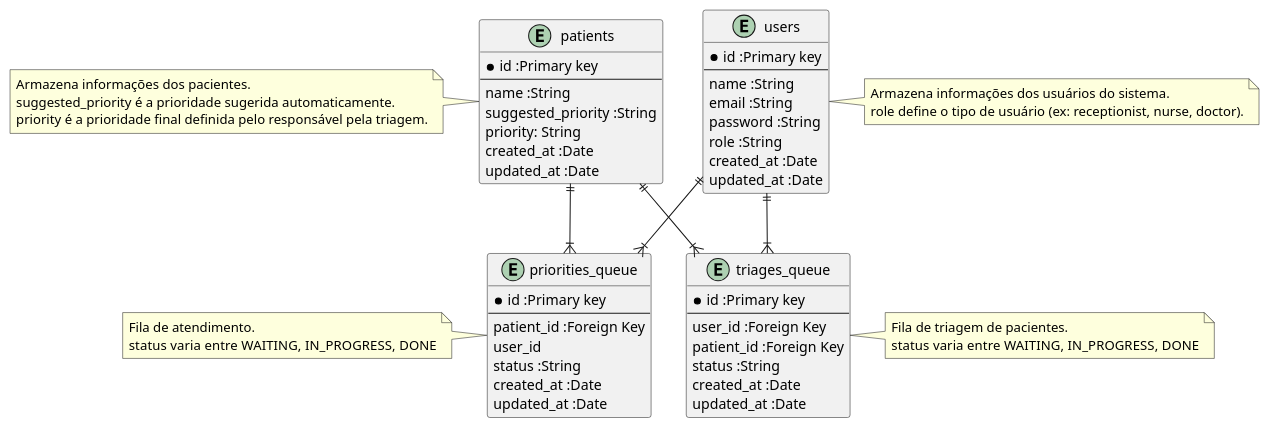
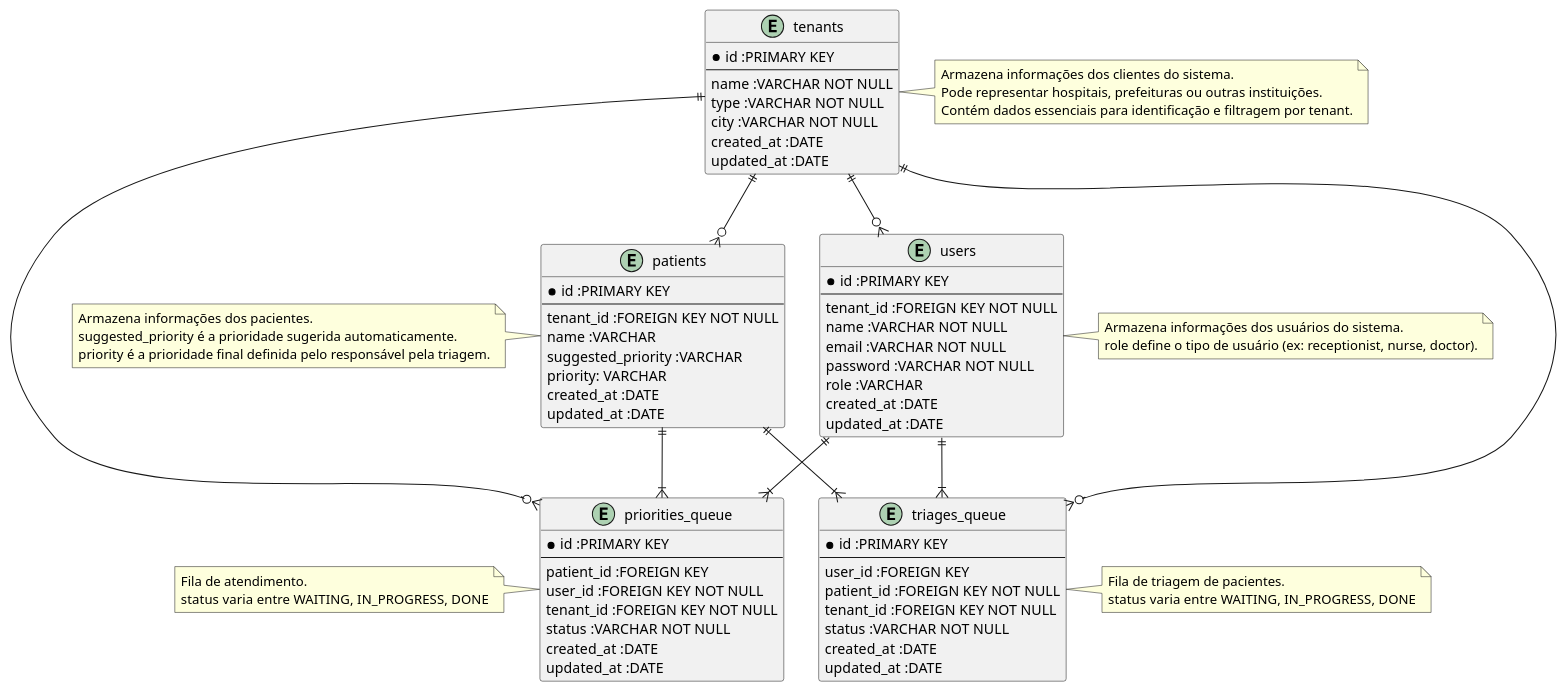
The diagram in docs/ERD.puml (alexandrendev/Q-flow-BE), drawn with PlantUML before and after one commit. The commit also changed 1 other file, not shown here.

Commit message:
feat: update ERD model

```diff
--- a/docs/ERD.puml
+++ b/docs/ERD.puml
@@ -1,71 +1,96 @@
 @startuml
 
+entity tenants{
+	*id :PRIMARY KEY
+	--
+	name :VARCHAR NOT NULL
+	type :VARCHAR NOT NULL
+	city :VARCHAR NOT NULL
+        created_at :DATE
+        updated_at :DATE
+}
+
+note right of tenants
+  Armazena informações dos clientes do sistema.
+  Pode representar hospitais, prefeituras ou outras instituições.
+  Contém dados essenciais para identificação e filtragem por tenant.
+end note
+
+
 entity users{
-	*id :Primary key
+	*id :PRIMARY KEY
 	--
-	name :String
-	email :String
-	password :String
-	role :String
-	created_at :Date
-	updated_at :Date
+	tenant_id :FOREIGN KEY NOT NULL
+	name :VARCHAR NOT NULL
+	email :VARCHAR NOT NULL
+	password :VARCHAR NOT NULL
+	role :VARCHAR
+	created_at :DATE
+	updated_at :DATE
 }
 
 note right of users
   Armazena informações dos usuários do sistema.
   role define o tipo de usuário (ex: receptionist, nurse, doctor).
 end note
 
 entity patients{
-	*id :Primary key
+	*id :PRIMARY KEY
 	--
-	name :String
-	suggested_priority :String
-	priority: String
-    created_at :Date
-    updated_at :Date	
+	tenant_id :FOREIGN KEY NOT NULL
+	name :VARCHAR
+	suggested_priority :VARCHAR
+	priority: VARCHAR
+	created_at :DATE
+	updated_at :DATE	
 }
 
 note left of patients
   Armazena informações dos pacientes.
   suggested_priority é a prioridade sugerida automaticamente.
   priority é a prioridade final definida pelo responsável pela triagem.
 end note
 
 entity triages_queue{
-    *id :Primary key
+    *id :PRIMARY KEY
 	--
-	user_id :Foreign Key
-	patient_id :Foreign Key
-	status :String
-    created_at :Date
-    updated_at :Date
+	user_id :FOREIGN KEY
+	patient_id :FOREIGN KEY NOT NULL
+	tenant_id :FOREIGN KEY NOT NULL
+	status :VARCHAR NOT NULL
+	created_at :DATE
+	updated_at :DATE
 }
 
 note right of triages_queue
   Fila de triagem de pacientes.
   status varia entre WAITING, IN_PROGRESS,  DONE
 end note
 
 entity priorities_queue{
-    *id :Primary key
+	*id :PRIMARY KEY
 	--
-	patient_id :Foreign Key
-	user_id
-	status :String
-    created_at :Date
-    updated_at :Date
+	patient_id :FOREIGN KEY
+	user_id :FOREIGN KEY NOT NULL
+	tenant_id :FOREIGN KEY NOT NULL
+	status :VARCHAR NOT NULL
+ 	created_at :DATE
+	updated_at :DATE
 }
 
 note left of priorities_queue
   Fila de atendimento.
   status varia entre WAITING, IN_PROGRESS,  DONE
 end note
 
 users ||--|{ triages_queue
 patients ||--|{ triages_queue
 
 users ||--|{ priorities_queue
 patients ||--|{ priorities_queue
 
+tenants ||--o{ users
+tenants ||--o{ patients
+tenants ||--o{ priorities_queue
+tenants ||--o{ triages_queue
 @enduml
```
